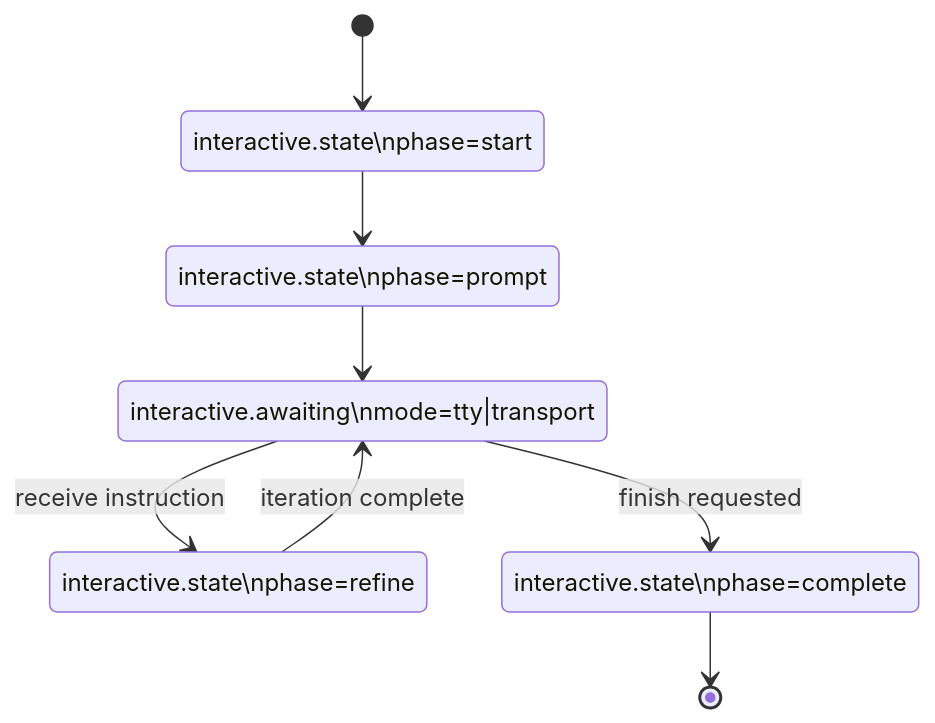
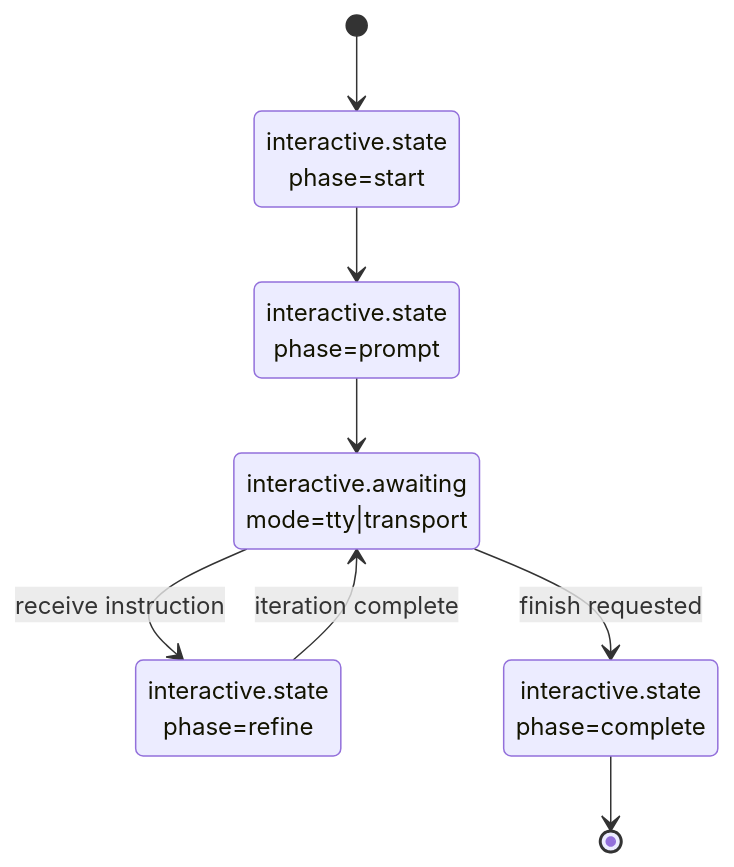
Before and after one commit to edward-r/prompt-maker: diagram 12 of 14 in README.md, drawn with Mermaid.

````diff
--- a/README.md
+++ b/README.md
@@ -886,20 +886,20 @@
 ```mermaid
 stateDiagram-v2
   [*] --> start
 
-  start: interactive.state\nphase=start
+  start: interactive.state<br>phase=start
   start --> prompt
 
-  prompt: interactive.state\nphase=prompt
+  prompt: interactive.state<br>phase=prompt
   prompt --> awaiting
 
-  awaiting: interactive.awaiting\nmode=tty|transport
+  awaiting: interactive.awaiting<br>mode=tty|transport
   awaiting --> refine: receive instruction
   awaiting --> complete: finish requested
 
-  refine: interactive.state\nphase=refine
+  refine: interactive.state<br>phase=refine
   refine --> awaiting: iteration complete
 
-  complete: interactive.state\nphase=complete
+  complete: interactive.state<br>phase=complete
   complete --> [*]
 ```
````
